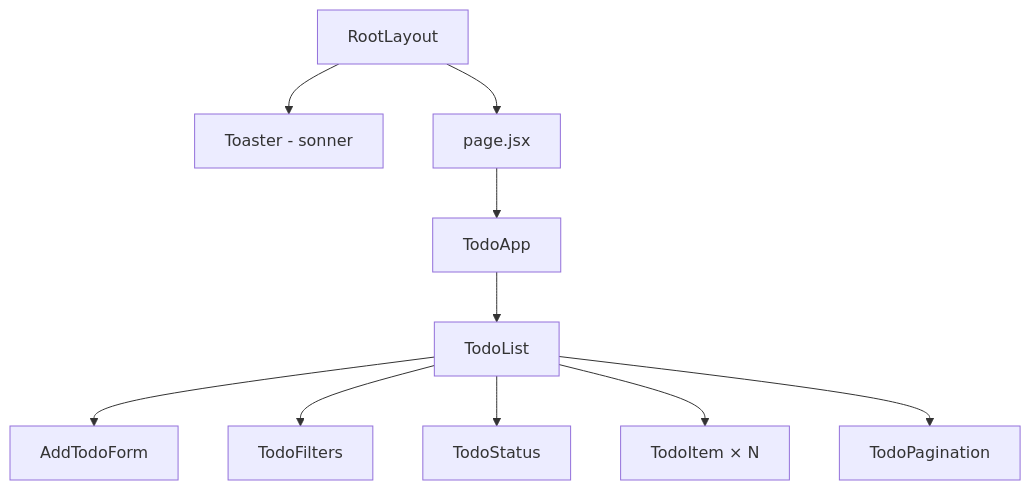
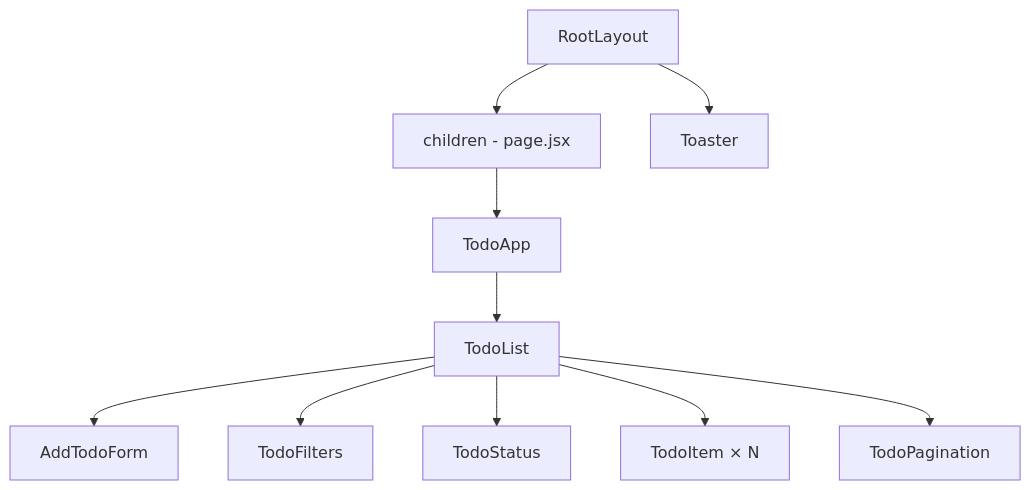
The first of 2 diagrams in lab4/README.md (Hyptofon/todo_list), drawn with Mermaid before and after one commit. The commit also changed other lines of this file, not shown here.

````diff
--- a/lab4/README.md
+++ b/lab4/README.md
@@ -49,12 +49,12 @@
 ```mermaid
 graph TD
-    A[RootLayout] --> B[Toaster - sonner]
-    A --> C[page.jsx]
-    C --> D[TodoApp]
+    A[RootLayout] --> B[children - page.jsx]
+    A --> C[Toaster]
+    B --> D[TodoApp]
     D --> E[TodoList]
     E --> F[AddTodoForm]
     E --> G[TodoFilters]
     E --> H[TodoStatus]
     E --> I[TodoItem × N]
     E --> J[TodoPagination]
 ```
````
